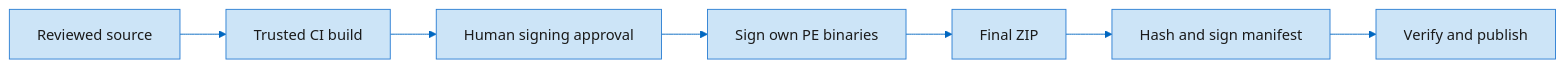
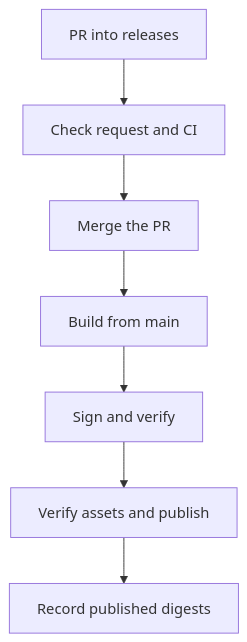
One commit to MrAliev/local-ai-toolkit changed the diagram in docs/wiki/Trust-and-security.md. Above: the diagram before and after it, drawn with Mermaid. The commit also changed other lines of this file and 30 other files, not shown here.

````diff
--- a/docs/wiki/Trust-and-security.md
+++ b/docs/wiki/Trust-and-security.md
@@ -12,20 +18,9 @@
 ```mermaid
----
-config:
-  theme: base
-  themeVariables:
-    primaryColor: "#CCE4F7"
-    primaryTextColor: "#1A1A1A"
-    primaryBorderColor: "#2D7FD3"
-    lineColor: "#0067C0"
-    secondaryColor: "#FAFAFA"
-    tertiaryColor: "#F3F3F3"
----
-flowchart LR
-  source["Reviewed source"] --> build["Trusted CI build"]
-  build --> approval["Human signing approval"]
-  approval --> own["Sign own PE binaries"]
-  own --> package["Final ZIP"]
-  package --> manifest["Hash and sign manifest"]
-  manifest --> verify["Verify and publish"]
+flowchart TB
+  request["PR into releases"] --> check["Check request and CI"]
+  check --> merge["Merge the PR"]
+  merge --> build["Build from main"]
+  build --> sign["Sign and verify"]
+  sign --> assets["Verify assets and publish"]
+  assets --> record["Record published digests"]
 ```
````
